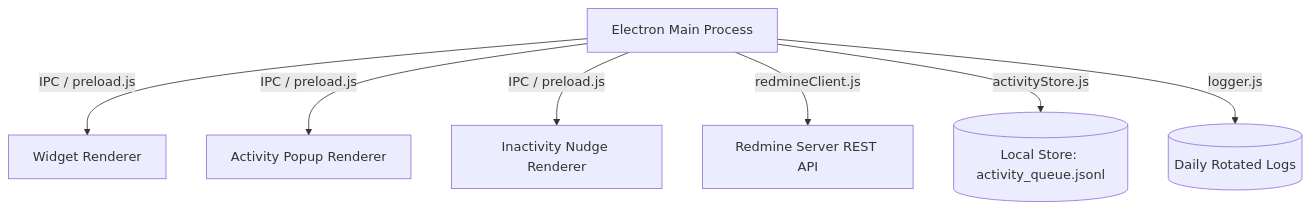
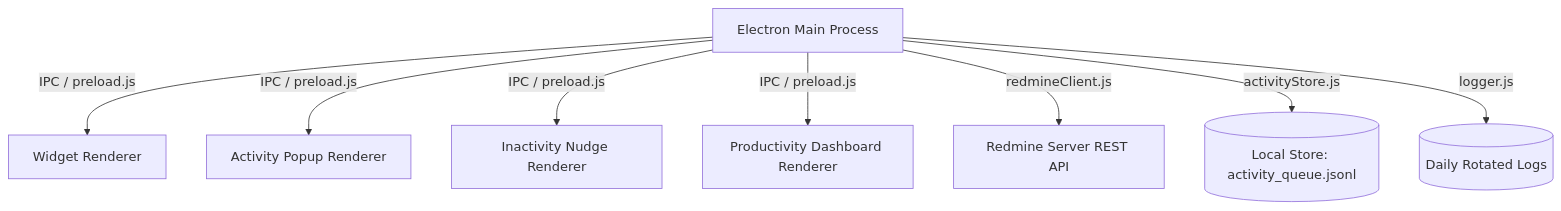
Before and after one commit to karthikeyaabm/worklens: the first of 2 diagrams in BRAIN.md, drawn with Mermaid. The commit also changed other lines of this file and 22 other files, not shown here.

Commit message:
productivity hub dashboard update

````diff
--- a/BRAIN.md
+++ b/BRAIN.md
@@ -31,9 +32,10 @@
 ```mermaid
 graph TD
     A[Electron Main Process] -->|IPC / preload.js| B[Widget Renderer]
     A -->|IPC / preload.js| C[Activity Popup Renderer]
     A -->|IPC / preload.js| D[Inactivity Nudge Renderer]
+    A -->|IPC / preload.js| H[Productivity Dashboard Renderer]
     A -->|redmineClient.js| E[Redmine Server REST API]
     A -->|activityStore.js| F[(Local Store: activity_queue.jsonl)]
     A -->|logger.js| G[(Daily Rotated Logs)]
 ```
````
